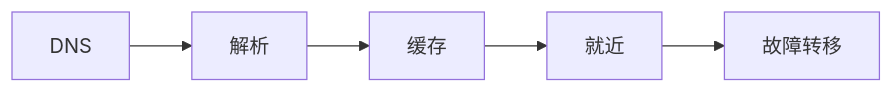
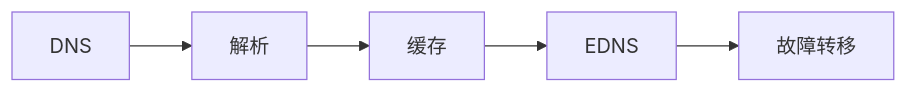
One commit to tghrxxxyyy/knowledge-base changed the diagram in 基础知识/网络与协议/DNS 解析与就近调度.md. Above: the diagram before and after it, drawn with Mermaid. The commit also changed other lines of this file and 385 other files, not shown here.

````diff
--- a/基础知识/网络与协议/DNS 解析与就近调度.md
+++ b/基础知识/网络与协议/DNS 解析与就近调度.md
@@ -19,9 +19,9 @@
 ```mermaid
 flowchart LR
     A[DNS]
     B[解析]
     C[缓存]
-    D[就近]
+    D[EDNS]
     E[故障转移]
     A --> B --> C --> D --> E
 ```
````
